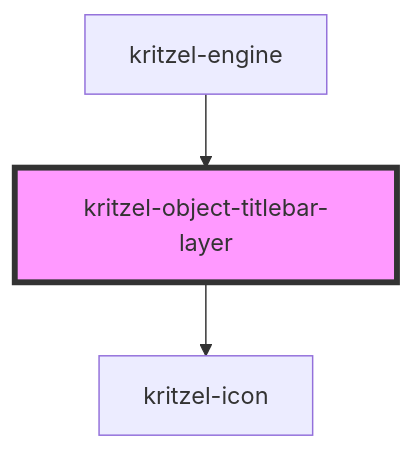
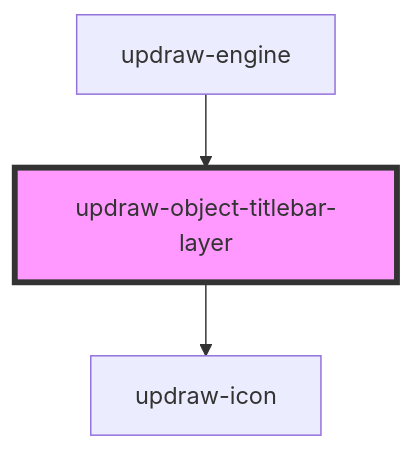
The diagram in libs/engine/core/src/components/updraw-object-titlebar-layer/readme.md (kasual1/kritzel), drawn with Mermaid before and after one commit. The commit also changed other lines of this file and 1129 other files, not shown here.

First line of the commit message:
Replace kritzel with updraw across the codebase

````diff
--- a/libs/engine/core/src/components/updraw-object-titlebar-layer/readme.md
+++ b/libs/engine/core/src/components/updraw-object-titlebar-layer/readme.md
@@ -39,6 +39,6 @@
 ```mermaid
 graph TD;
-  kritzel-object-titlebar-layer --> kritzel-icon
-  kritzel-engine --> kritzel-object-titlebar-layer
-  style kritzel-object-titlebar-layer fill:#f9f,stroke:#333,stroke-width:4px
+  updraw-object-titlebar-layer --> updraw-icon
+  updraw-engine --> updraw-object-titlebar-layer
+  style updraw-object-titlebar-layer fill:#f9f,stroke:#333,stroke-width:4px
 ```
````
